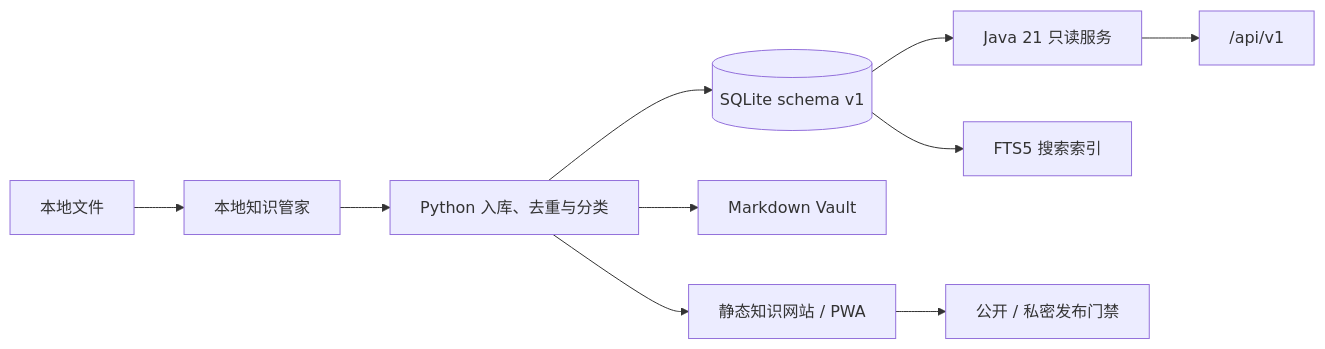
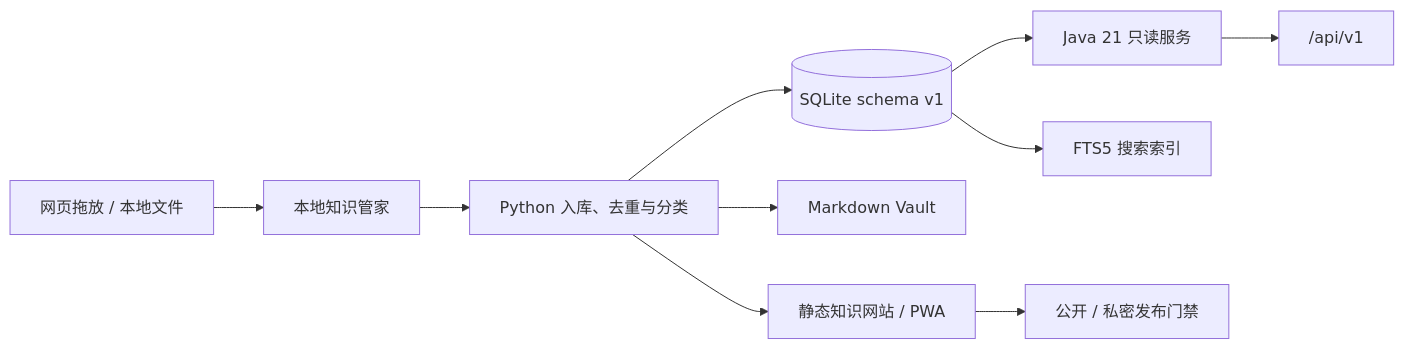
The diagram in README.md (Eascaty/open-knowledge), drawn with Mermaid before and after one commit. The commit also changed other lines of this file and 32 other files, not shown here.

````diff
--- a/README.md
+++ b/README.md
@@ -192,12 +194,12 @@
 ```mermaid
 flowchart LR
-    A["本地文件"] --> M["本地知识管家"]
+    A["网页拖放 / 本地文件"] --> M["本地知识管家"]
     M --> B["Python 入库、去重与分类"]
     B --> C[("SQLite schema v1")]
     B --> D["Markdown Vault"]
     B --> E["静态知识网站 / PWA"]
     C --> F["Java 21 只读服务"]
     F --> G["/api/v1"]
     C --> H["FTS5 搜索索引"]
     E --> I["公开 / 私密发布门禁"]
 ```
````
